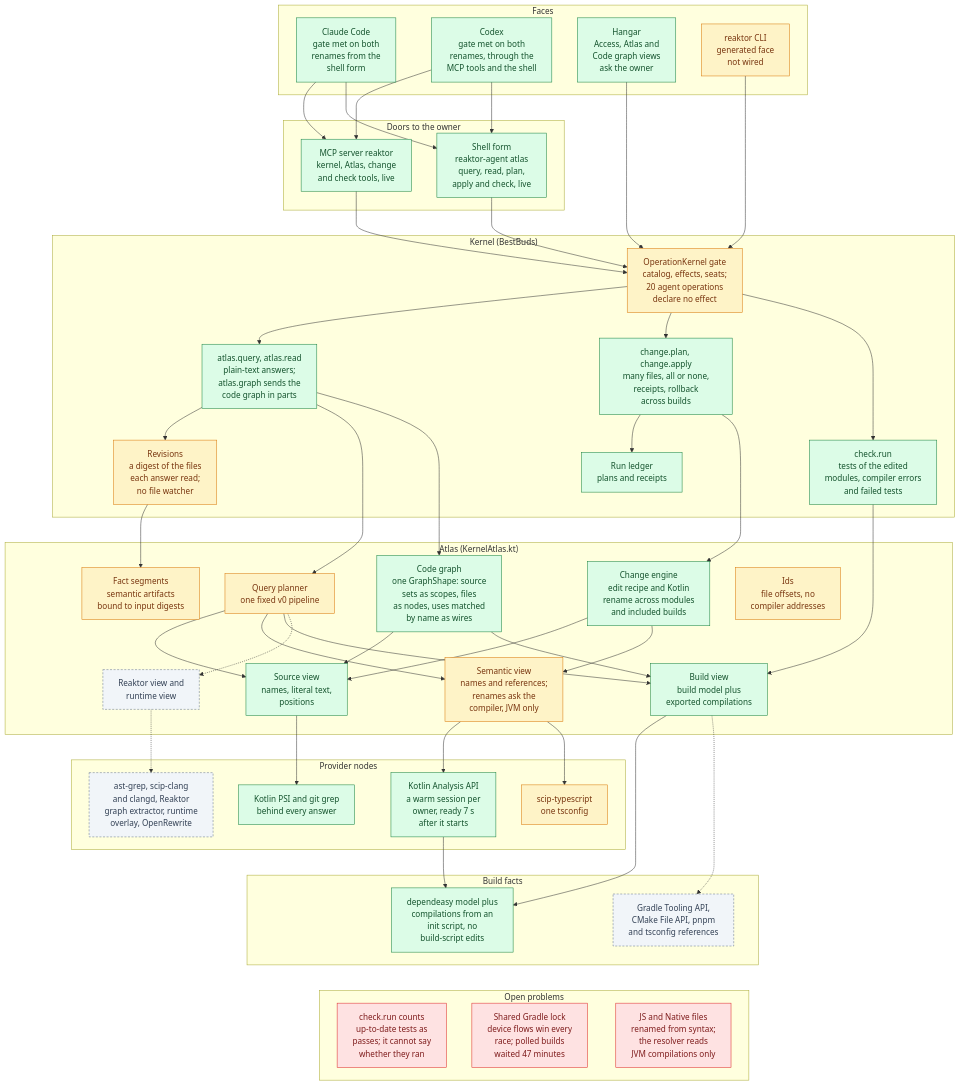
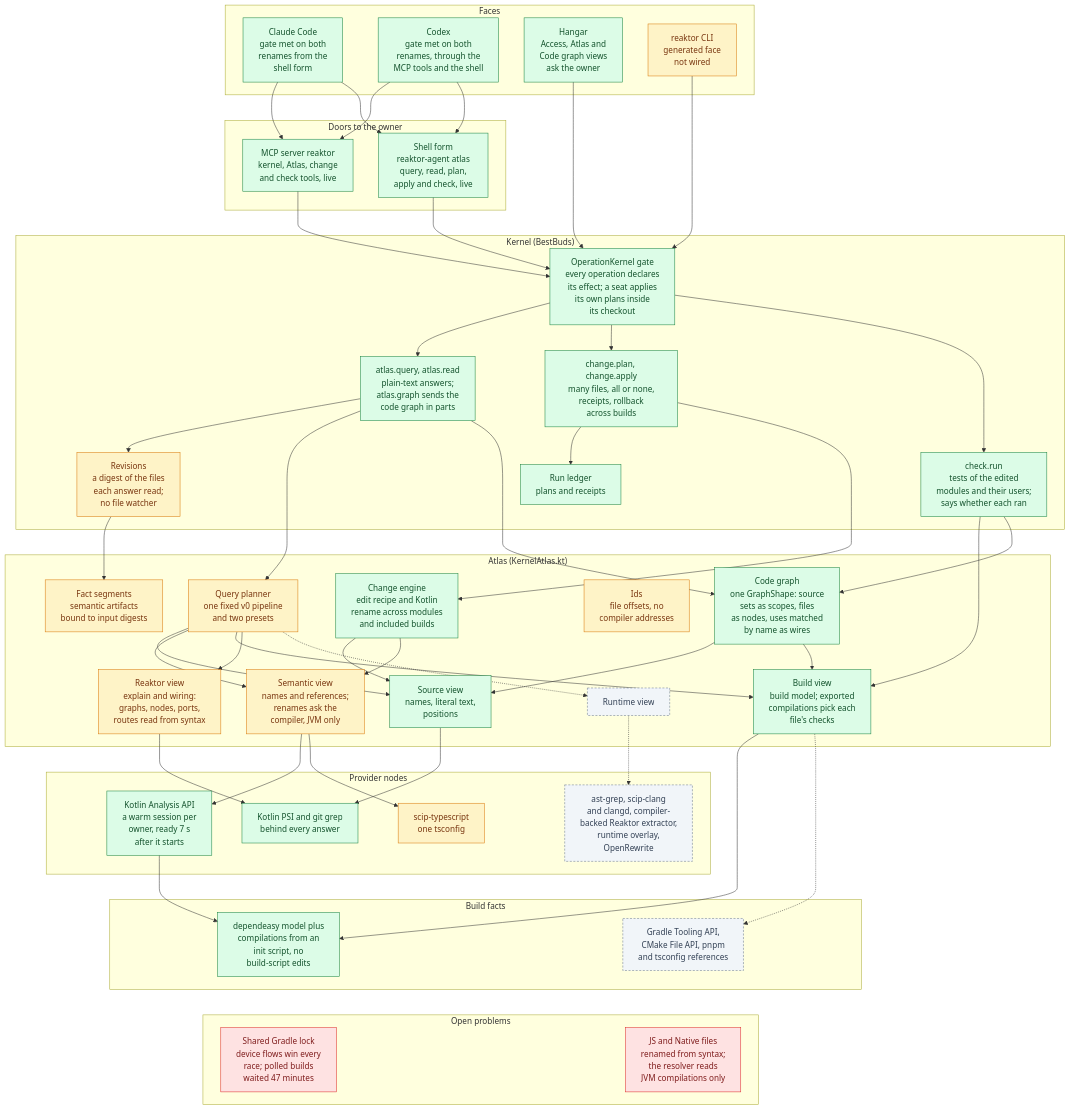
One commit to shibasis0801/reaktor changed the first of 5 diagrams in plans/atlas-hld.md. Above: the diagram before and after it, drawn with Mermaid. The commit also changed other lines of this file, not shown here.

Commit message:
Record the finished HLD open items in the Atlas HLD
check.run says whether each check's tests ran (p1 closed), every operation
declares its effect, a seat applies its own plans inside its checkout
(decision 1), affected checks come from compilations and code-graph uses,
and the Reaktor view answers the explain and wiring presets. The status
diagram, the delivery plan, decision 1 and build-plan rows 6 and 8-11
follow; all of it is committed and tested, not yet installed.

````diff
--- a/plans/atlas-hld.md
+++ b/plans/atlas-hld.md
@@ -31,36 +31,36 @@
         shell["Shell form<br/>reaktor-agent atlas<br/>query, read, plan,<br/>apply and check, live"]
     end
     subgraph kernelBox["Kernel (BestBuds)"]
-        gate["OperationKernel gate<br/>catalog, effects, seats;<br/>20 agent operations<br/>declare no effect"]
+        gate["OperationKernel gate<br/>every operation declares<br/>its effect; a seat applies<br/>its own plans inside<br/>its checkout"]
         atlasOps["atlas.query, atlas.read<br/>plain-text answers;<br/>atlas.graph sends the<br/>code graph in parts"]
         changeOps["change.plan, change.apply<br/>many files, all or none,<br/>receipts, rollback<br/>across builds"]
-        checkRun["check.run<br/>tests of the edited<br/>modules, compiler errors<br/>and failed tests"]
+        checkRun["check.run<br/>tests of the edited<br/>modules and their users;<br/>says whether each ran"]
         ledger["Run ledger<br/>plans and receipts"]
         revisions["Revisions<br/>a digest of the files<br/>each answer read;<br/>no file watcher"]
     end
     subgraph atlasBox["Atlas (KernelAtlas.kt)"]
-        planner["Query planner<br/>one fixed v0 pipeline"]
+        planner["Query planner<br/>one fixed v0 pipeline<br/>and two presets"]
         engine["Change engine<br/>edit recipe and Kotlin<br/>rename across modules<br/>and included builds"]
         identity["Ids<br/>file offsets, no<br/>compiler addresses"]
         segments["Fact segments<br/>semantic artifacts<br/>bound to input digests"]
         sourceView["Source view<br/>names, literal text,<br/>positions"]
         semanticView["Semantic view<br/>names and references;<br/>renames ask the<br/>compiler, JVM only"]
-        buildView["Build view<br/>build model plus<br/>exported compilations"]
+        buildView["Build view<br/>build model; exported<br/>compilations pick each<br/>file's checks"]
         codeView["Code graph<br/>one GraphShape: source<br/>sets as scopes, files<br/>as nodes, uses matched<br/>by name as wires"]
-        laterViews["Reaktor view and<br/>runtime view"]
+        reaktorView["Reaktor view<br/>explain and wiring:<br/>graphs, nodes, ports,<br/>routes read from syntax"]
+        laterViews["Runtime view"]
     end
     subgraph providers["Provider nodes"]
         psi["Kotlin PSI and git grep<br/>behind every answer"]
         kaa["Kotlin Analysis API<br/>a warm session per<br/>owner, ready 7 s<br/>after it starts"]
         ts["scip-typescript<br/>one tsconfig"]
-        laterProviders["ast-grep, scip-clang<br/>and clangd, Reaktor<br/>graph extractor, runtime<br/>overlay, OpenRewrite"]
+        laterProviders["ast-grep, scip-clang<br/>and clangd, compiler-<br/>backed Reaktor extractor,<br/>runtime overlay,<br/>OpenRewrite"]
     end
     subgraph buildFacts["Build facts"]
         dep["dependeasy model plus<br/>compilations from an<br/>init script, no<br/>build-script edits"]
         laterBuild["Gradle Tooling API,<br/>CMake File API, pnpm<br/>and tsconfig references"]
     end
     subgraph problems["Open problems"]
-        p1["check.run counts<br/>up-to-date tests as<br/>passes; it cannot say<br/>whether they ran"]
         p2["Shared Gradle lock<br/>device flows win every<br/>race; polled builds<br/>waited 47 minutes"]
         p3["JS and Native files<br/>renamed from syntax;<br/>the resolver reads<br/>JVM compilations only"]
     end
@@ -81,6 +81,7 @@
     atlasOps --> codeView
     changeOps --> engine
     checkRun --> buildView
+    checkRun --> codeView
     revisions --> segments
     ledger ~~~ engine
     ledger ~~~ identity
@@ -88,12 +89,14 @@
     planner --> sourceView
     planner --> semanticView
     planner --> buildView
+    planner --> reaktorView
     planner -.-> laterViews
     codeView --> sourceView
     codeView --> buildView
     engine --> sourceView
     engine --> semanticView
     sourceView --> psi
+    reaktorView --> psi
     semanticView --> kaa
     semanticView --> ts
     kaa --> dep
@@ -102,15 +105,14 @@
     buildView -.-> laterBuild
     psi ~~~ dep
     ts ~~~ laterBuild
-    dep ~~~ p1
     dep ~~~ p2
     laterBuild ~~~ p3
     classDef live fill:#DCFCE7,stroke:#15803D,color:#14532D
     classDef partial fill:#FEF3C7,stroke:#D97706,color:#78350F
     classDef problem fill:#FEE2E2,stroke:#DC2626,color:#7F1D1D
     classDef later fill:#F1F5F9,stroke:#64748B,color:#334155,stroke-dasharray: 4 3
-    class claude,codex,hangar,mcp,shell,atlasOps,changeOps,checkRun,ledger,engine,sourceView,buildView,codeView,psi,kaa,dep live
-    class cli,gate,revisions,planner,identity,segments,semanticView,ts partial
-    class p1,p2,p3 problem
+    class claude,codex,hangar,mcp,shell,gate,atlasOps,changeOps,checkRun,ledger,engine,sourceView,buildView,codeView,psi,kaa,dep live
+    class cli,revisions,planner,identity,segments,semanticView,reaktorView,ts partial
+    class p2,p3 problem
     class laterViews,laterProviders,laterBuild later
 ```
````
